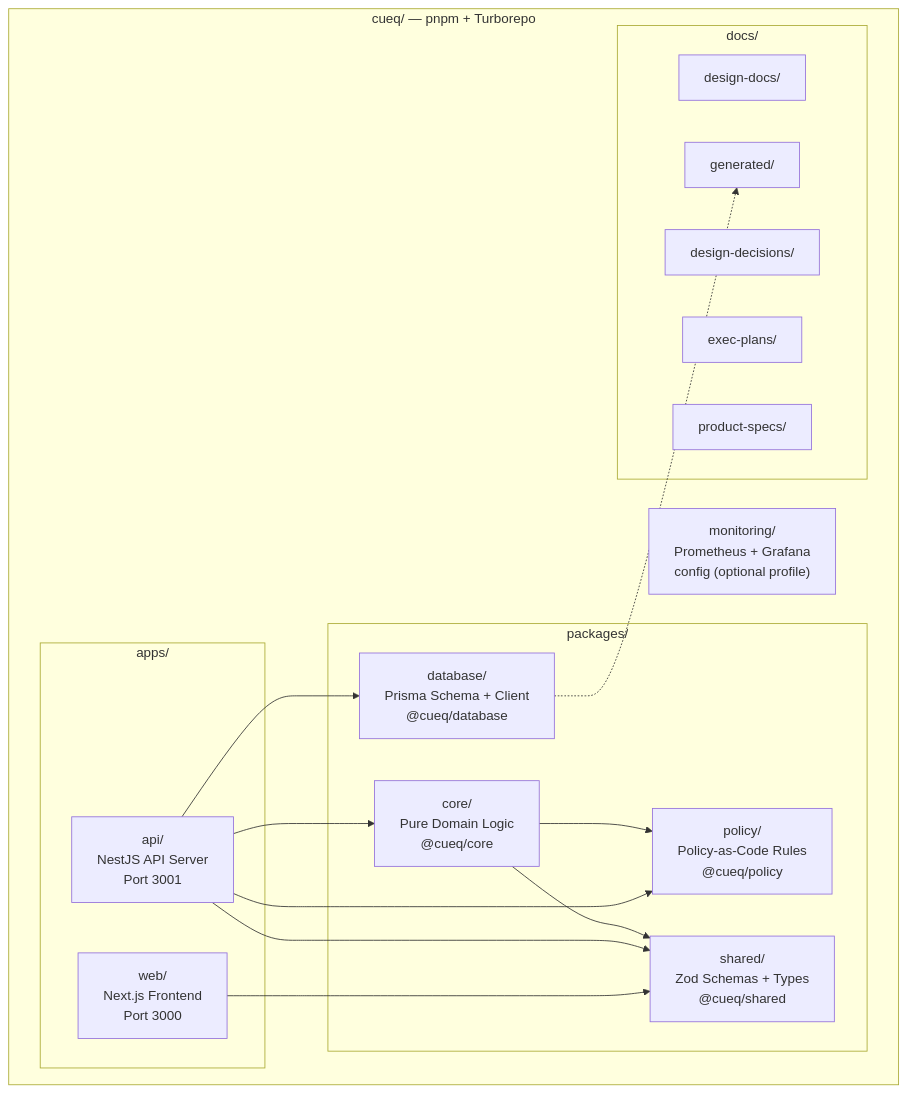
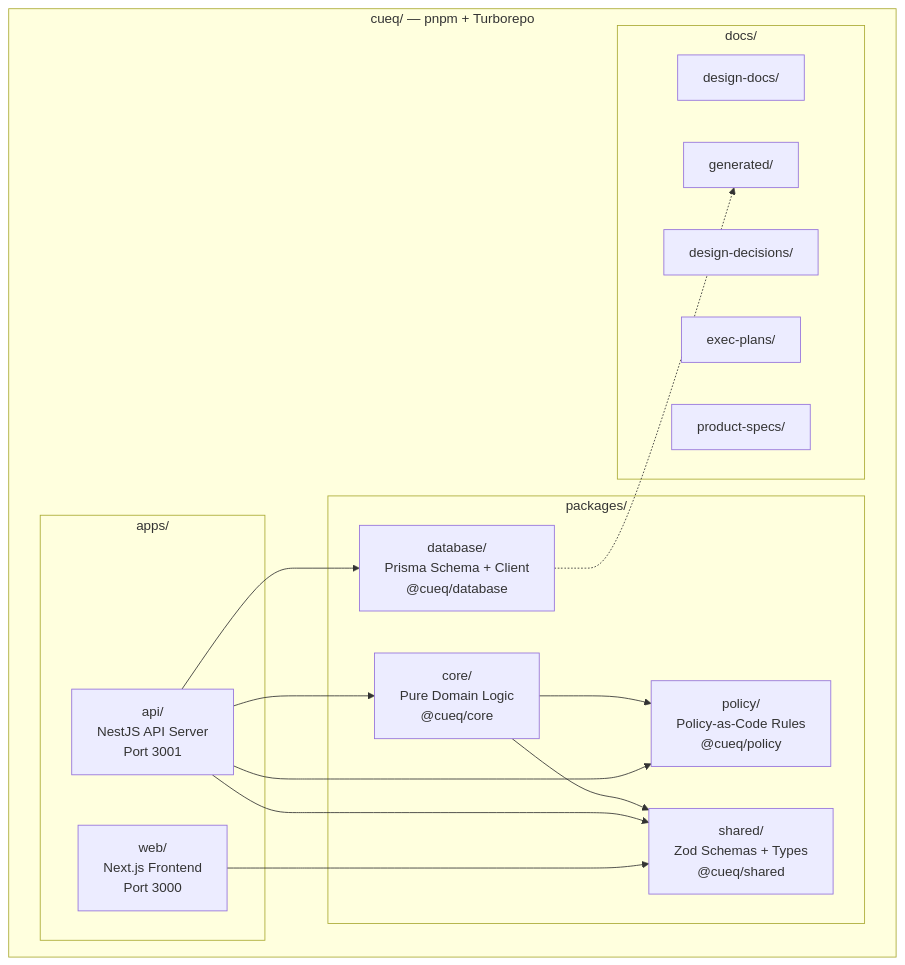
One commit to sebastianspicker/cueq-campus-workforce changed the fourth of 6 diagrams in README.md. Above: the diagram before and after it, drawn with Mermaid. The commit also changed other lines of this file and 155 other files, not shown here.

````diff
--- a/README.md
+++ b/README.md
@@ -138,35 +138,33 @@
 ```mermaid
 graph TD
     subgraph Monorepo ["cueq/ — pnpm + Turborepo"]
         subgraph Apps ["apps/"]
             API["api/<br/>NestJS API Server<br/>Port 3001"]
             WEB["web/<br/>Next.js Frontend<br/>Port 3000"]
         end
 
         subgraph Packages ["packages/"]
             CORE["core/<br/>Pure Domain Logic<br/>@cueq/core"]
             DB["database/<br/>Prisma Schema + Client<br/>@cueq/database"]
             POL["policy/<br/>Policy-as-Code Rules<br/>@cueq/policy"]
             SH["shared/<br/>Zod Schemas + Types<br/>@cueq/shared"]
         end
 
         subgraph Docs ["docs/"]
             DD[design-docs/]
             ADR[design-decisions/]
             EP[exec-plans/]
             PS[product-specs/]
             GEN[generated/]
         end
-
-        MON["monitoring/<br/>Prometheus + Grafana<br/>config (optional profile)"]
     end
 
     API --> DB
     API --> CORE
     CORE --> POL
     CORE --> SH
     API --> POL
     API --> SH
     WEB --> SH
     DB -.-> GEN
 ```
````
